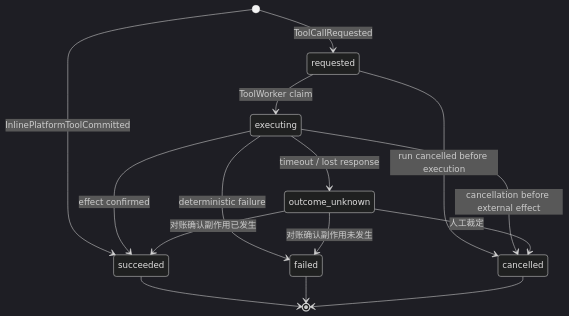
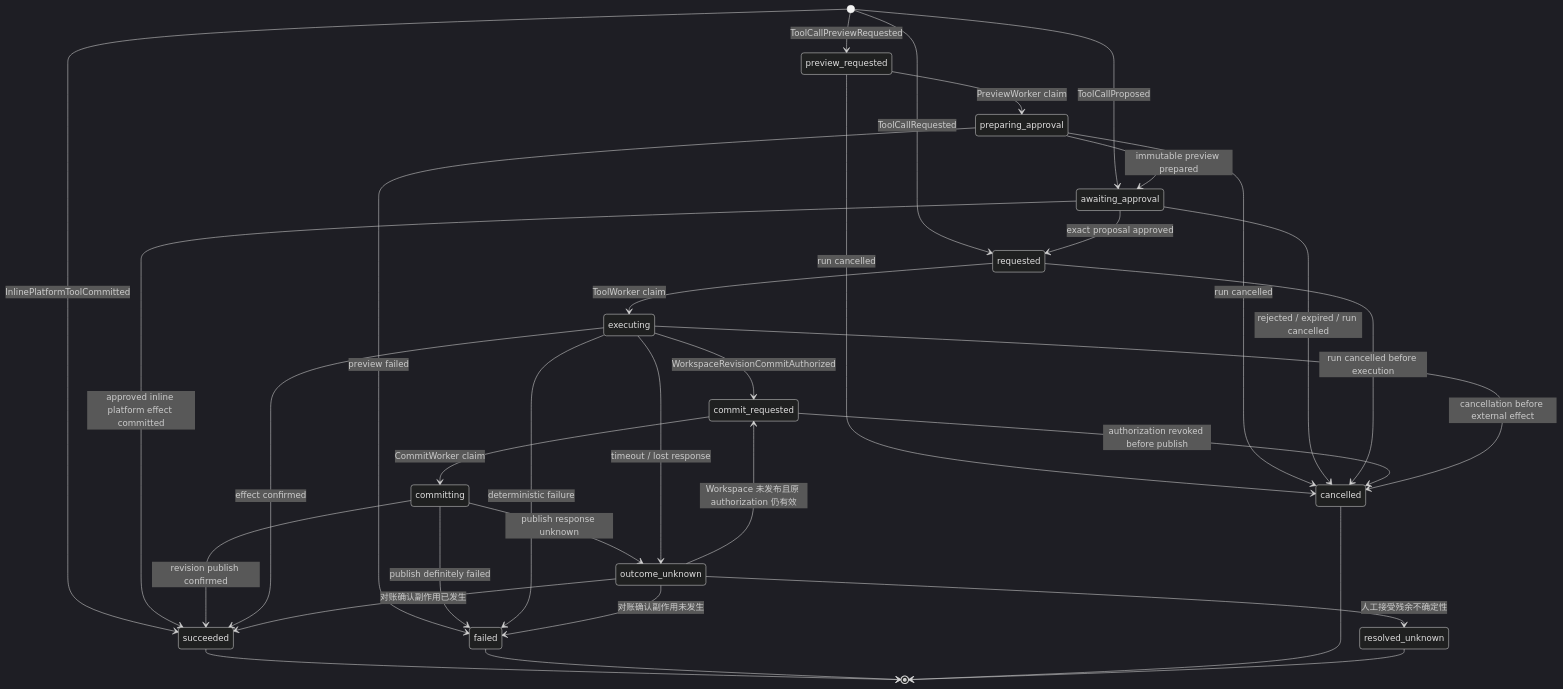
One commit to erweixin/langshift.dev changed the second of 3 diagrams in docs/state-machines.md. Above: the diagram before and after it, drawn with Mermaid (dark theme). The commit also changed other lines of this file and 12 other files, not shown here.

````diff
--- a/docs/state-machines.md
+++ b/docs/state-machines.md
@@ -116,17 +125,35 @@
 ```mermaid
 stateDiagram-v2
   [*] --> requested: ToolCallRequested
+  [*] --> preview_requested: ToolCallPreviewRequested
+  [*] --> awaiting_approval: ToolCallProposed
   [*] --> succeeded: InlinePlatformToolCommitted
+  preview_requested --> preparing_approval: PreviewWorker claim
+  preview_requested --> cancelled: run cancelled
+  preparing_approval --> awaiting_approval: immutable preview prepared
+  preparing_approval --> failed: preview failed
+  preparing_approval --> cancelled: run cancelled
+  awaiting_approval --> requested: exact proposal approved
+  awaiting_approval --> succeeded: approved inline platform effect committed
+  awaiting_approval --> cancelled: rejected / expired / run cancelled
   requested --> executing: ToolWorker claim
   requested --> cancelled: run cancelled before execution
+  executing --> commit_requested: WorkspaceRevisionCommitAuthorized
+  commit_requested --> committing: CommitWorker claim
+  commit_requested --> cancelled: authorization revoked before publish
+  committing --> succeeded: revision publish confirmed
+  committing --> failed: publish definitely failed
+  committing --> outcome_unknown: publish response unknown
   executing --> succeeded: effect confirmed
   executing --> failed: deterministic failure
   executing --> outcome_unknown: timeout / lost response
   executing --> cancelled: cancellation before external effect
   outcome_unknown --> succeeded: 对账确认副作用已发生
   outcome_unknown --> failed: 对账确认副作用未发生
-  outcome_unknown --> cancelled: 人工裁定
+  outcome_unknown --> commit_requested: Workspace 未发布且原 authorization 仍有效
+  outcome_unknown --> resolved_unknown: 人工接受残余不确定性
   succeeded --> [*]
   failed --> [*]
   cancelled --> [*]
+  resolved_unknown --> [*]
 ```
````
